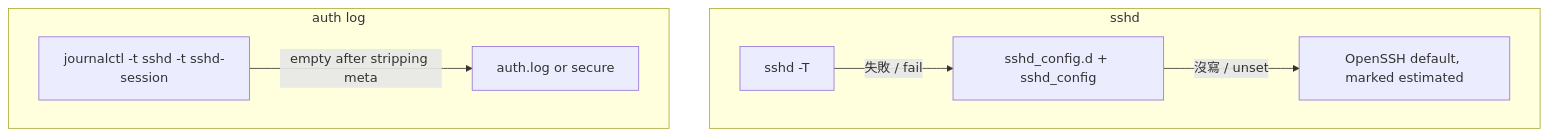
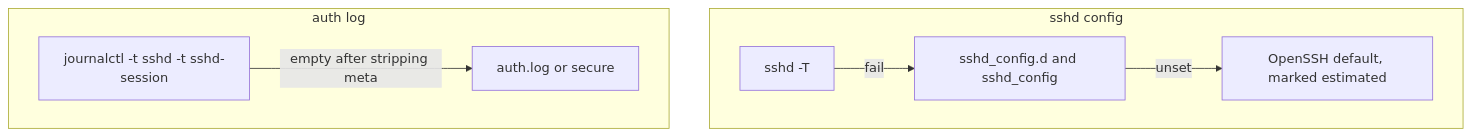
One commit to web3-ai-game/oece-x-blue-sh changed the sixth of 6 diagrams in README.md. Above: the diagram before and after it, drawn with Mermaid. The commit also changed other lines of this file, not shown here.

````diff
--- a/README.md
+++ b/README.md
@@ -208,10 +409,10 @@
 ```mermaid
 flowchart TD
-    subgraph SSHD["sshd"]
-        A1["sshd -T"] -->|失敗 / fail| A2["sshd_config.d + sshd_config"]
-        A2 -->|沒寫 / unset| A3["OpenSSH default, marked estimated"]
+    subgraph SSHD["sshd config"]
+        A1["sshd -T"] -->|fail| A2["sshd_config.d and sshd_config"]
+        A2 -->|unset| A3["OpenSSH default, marked estimated"]
     end
     subgraph LOG["auth log"]
         B1["journalctl -t sshd -t sshd-session"] -->|empty after stripping meta| B2["auth.log or secure"]
     end
 ```
````
